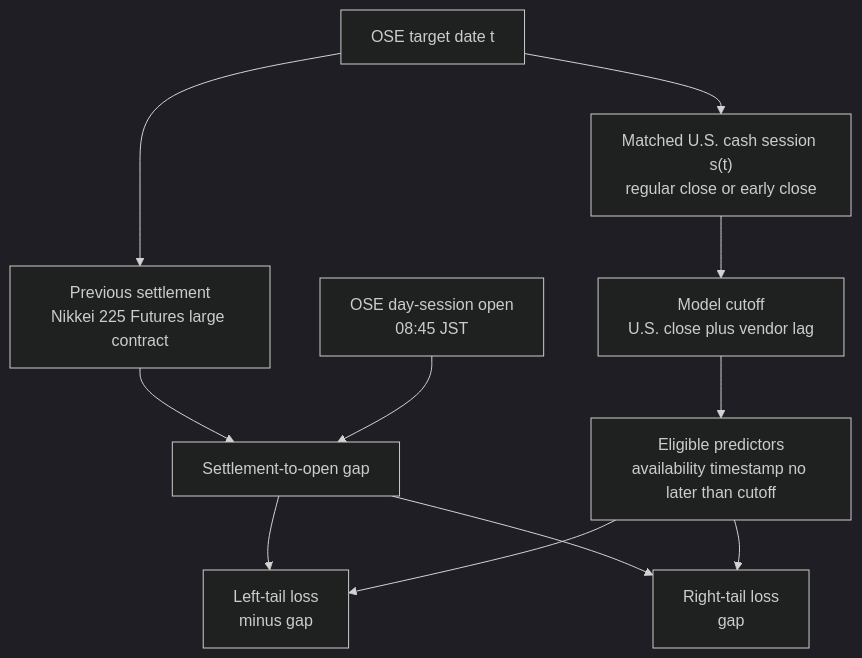
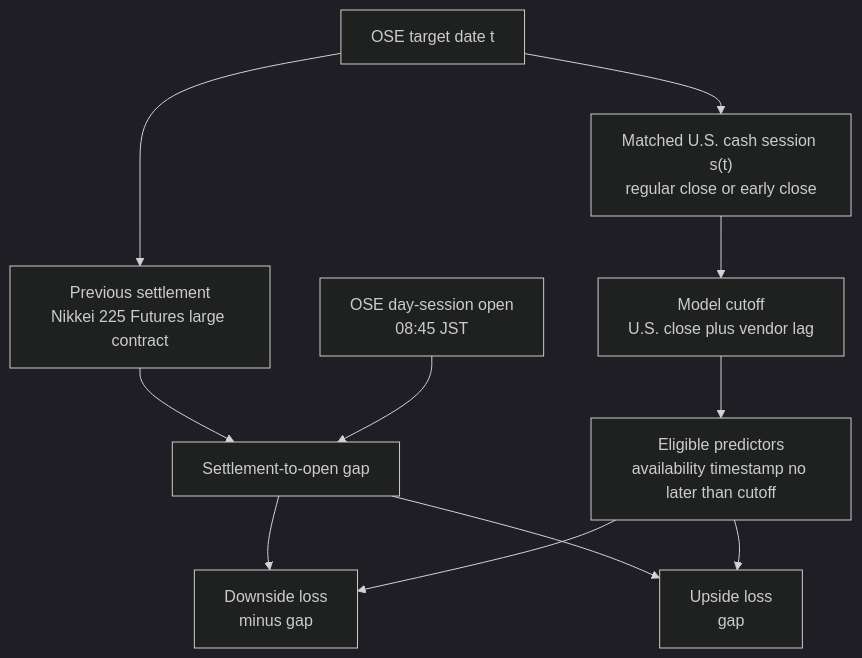
Before and after one commit to TY-Cheng/n225-open-gap-tail: the first of 2 diagrams in docs/paper_plan.md, drawn with Mermaid (dark theme). The commit also changed other lines of this file and 70 other files, not shown here.

Commit message:
Improve publication figure export

````diff
--- a/docs/paper_plan.md
+++ b/docs/paper_plan.md
@@ -460,23 +464,23 @@
 ```mermaid
 flowchart TD
     A["OSE target date t"]
     B["Previous settlement<br/>Nikkei 225 Futures large contract"]
     C["Matched U.S. cash session s(t)<br/>regular close or early close"]
     D["Model cutoff<br/>U.S. close plus vendor lag"]
     E["Eligible predictors<br/>availability timestamp no later than cutoff"]
     F["OSE day-session open<br/>08:45 JST"]
     G["Settlement-to-open gap"]
-    H["Left-tail loss<br/>minus gap"]
-    I["Right-tail loss<br/>gap"]
+    H["Downside loss<br/>minus gap"]
+    I["Upside loss<br/>gap"]
 
     A --> B
     A --> C
     C --> D
     D --> E
     B --> G
     F --> G
     G --> H
     G --> I
     E --> H
     E --> I
 ```
````
